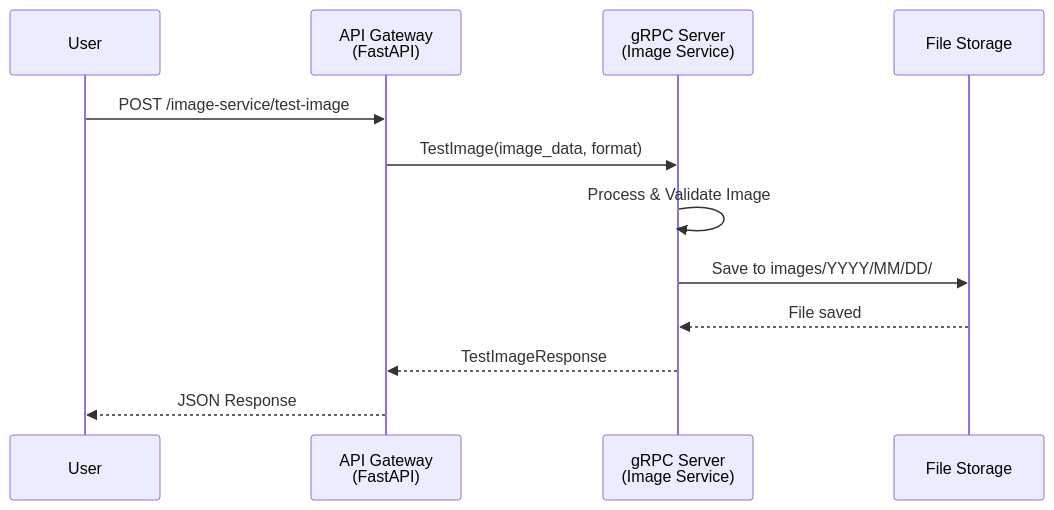
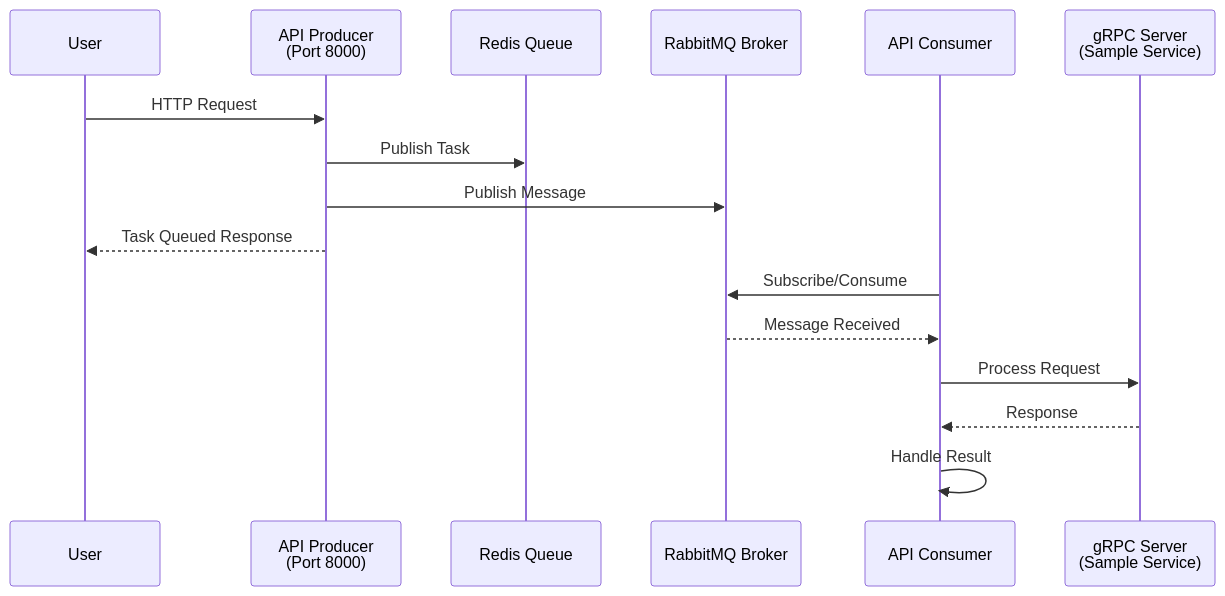
The second of 2 diagrams in README.MD (PuemMTH/poc_grpc), drawn with Mermaid before and after one commit. The commit also changed other lines of this file and 3 other files, not shown here.

````diff
--- a/README.MD
+++ b/README.MD
@@ -36,15 +52,20 @@
 ```mermaid
 sequenceDiagram
     participant User
-    participant API as API Gateway<br/>(FastAPI)
-    participant gRPC as gRPC Server<br/>(Image Service)
-    participant Storage as File Storage
+    participant Producer as API Producer<br/>(Port 8000)
+    participant Redis as Redis Queue
+    participant RabbitMQ as RabbitMQ Broker
+    participant Consumer as API Consumer
+    participant gRPC as gRPC Server<br/>(Sample Service)
 
-    User->>API: POST /image-service/test-image
-    API->>gRPC: TestImage(image_data, format)
-    gRPC->>gRPC: Process & Validate Image
-    gRPC->>Storage: Save to images/YYYY/MM/DD/
-    Storage-->>gRPC: File saved
-    gRPC-->>API: TestImageResponse
-    API-->>User: JSON Response
+    User->>Producer: HTTP Request
+    Producer->>Redis: Publish Task
+    Producer->>RabbitMQ: Publish Message
+    Producer-->>User: Task Queued Response
+
+    Consumer->>RabbitMQ: Subscribe/Consume
+    RabbitMQ-->>Consumer: Message Received
+    Consumer->>gRPC: Process Request
+    gRPC-->>Consumer: Response
+    Consumer->>Consumer: Handle Result
 ```
````
